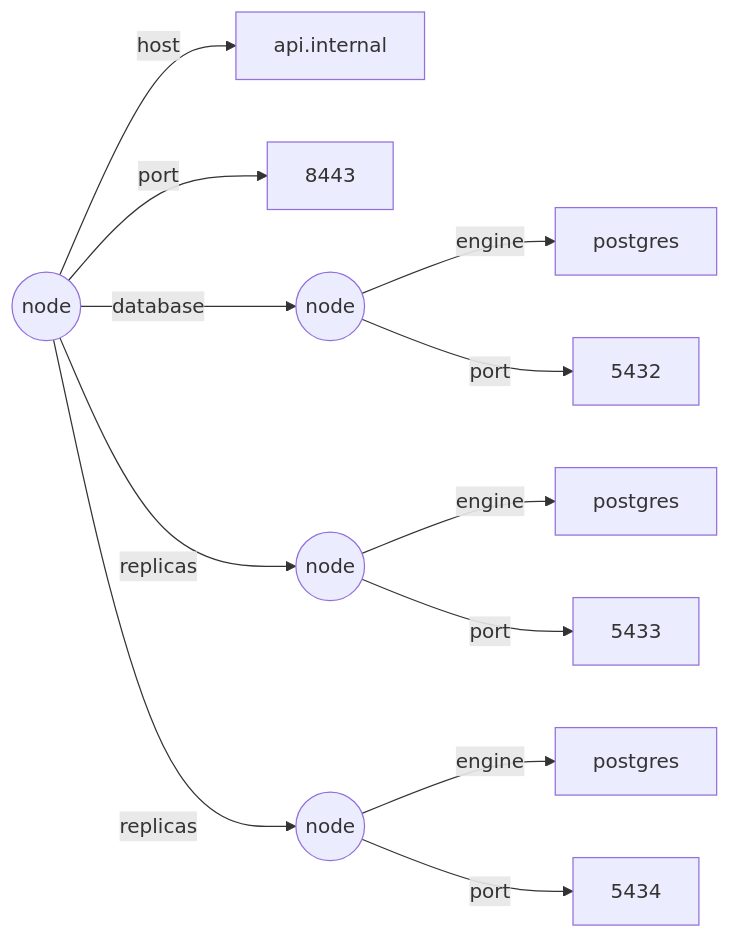
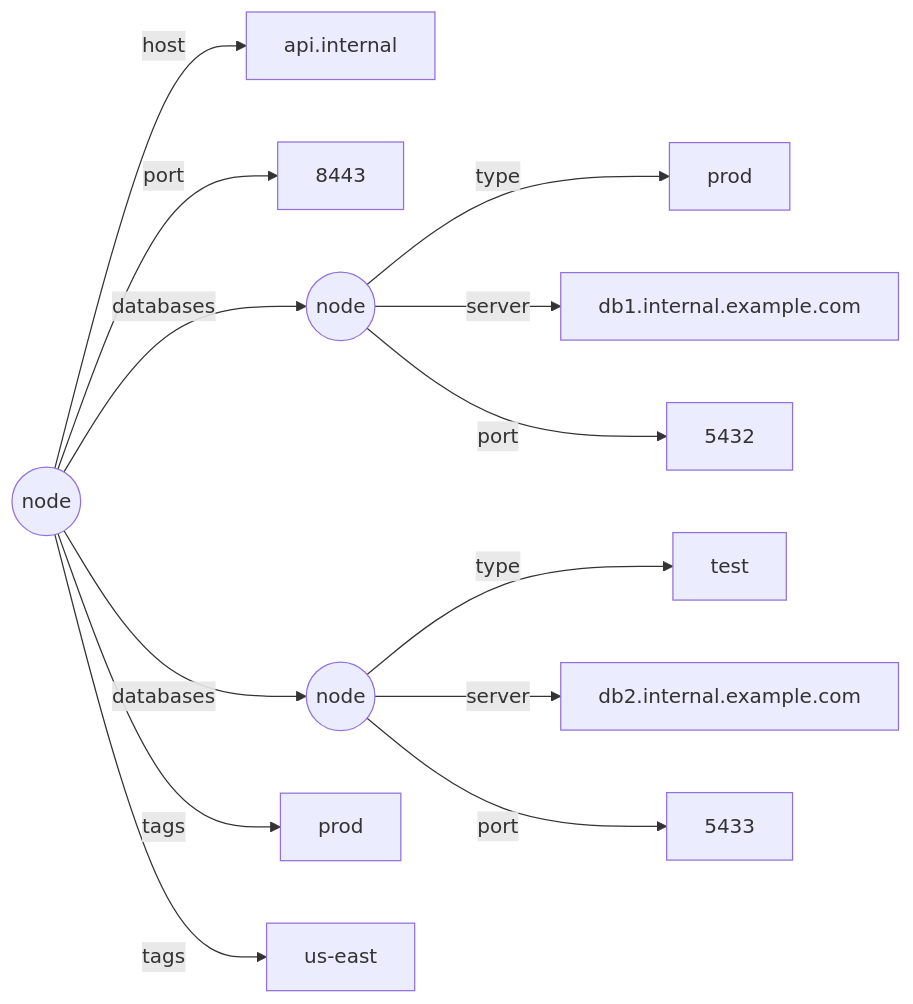
Before and after one commit to omnist-dev/omnist: the first of 2 diagrams in docs/design/model.md, drawn with Mermaid. The commit also changed other lines of this file and 17 other files, not shown here.

````diff
--- a/docs/design/model.md
+++ b/docs/design/model.md
@@ -479,14 +482,15 @@
 ```mermaid
 graph LR
     Root(("node")) -->|host| Host["api.internal"]
     Root -->|port| Port["8443"]
-    Root -->|database| D(("node"))
-    Root -->|replicas| R1(("node"))
-    Root -->|replicas| R2(("node"))
-    D -->|engine| DEngine["postgres"]
-    D -->|port| DPort["5432"]
-    R1 -->|engine| R1Engine["postgres"]
-    R1 -->|port| R1Port["5433"]
-    R2 -->|engine| R2Engine["postgres"]
-    R2 -->|port| R2Port["5434"]
+    Root -->|databases| D1(("node"))
+    Root -->|databases| D2(("node"))
+    Root -->|tags| T1["prod"]
+    Root -->|tags| T2["us-east"]
+    D1 -->|type| D1Type["prod"]
+    D1 -->|server| D1Server["db1.internal.example.com"]
+    D1 -->|port| D1Port["5432"]
+    D2 -->|type| D2Type["test"]
+    D2 -->|server| D2Server["db2.internal.example.com"]
+    D2 -->|port| D2Port["5433"]
 ```
````
